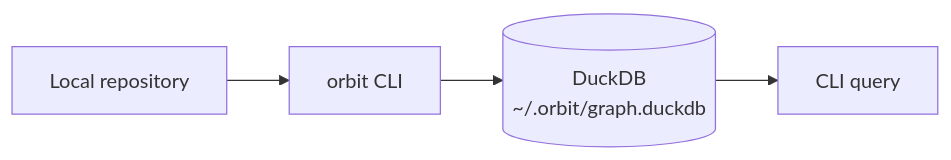
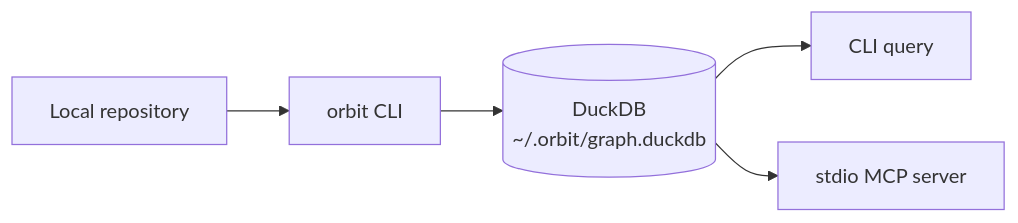
The second of 2 diagrams in docs/source/_index.md (gitlabhq/orbit-knowledge-graph), drawn with Mermaid before and after one commit. The commit also changed other lines of this file and 4 other files, not shown here.

Commit message:
docs(orbit): sync Local and Remote overviews

````diff
--- a/docs/source/_index.md
+++ b/docs/source/_index.md
@@ -84,9 +85,10 @@
 ```mermaid
 flowchart LR
     accTitle: GitLab Orbit Local architecture
-    accDescr: The GitLab Orbit CLI parses a local repository, builds a code graph, and writes it to a local DuckDB file. You query the graph via the CLI.
+    accDescr: The GitLab Orbit CLI parses a local repository, builds a code graph, and writes it to a local DuckDB file. You query the graph via the CLI or connect an AI agent through the stdio MCP server.
 
     Repo[Local repository] --> CLI["orbit CLI"]
     CLI --> DB[("DuckDB\n~/.orbit/graph.duckdb")]
     DB --> Query[CLI query]
+    DB --> MCP[stdio MCP server]
 ```
````
